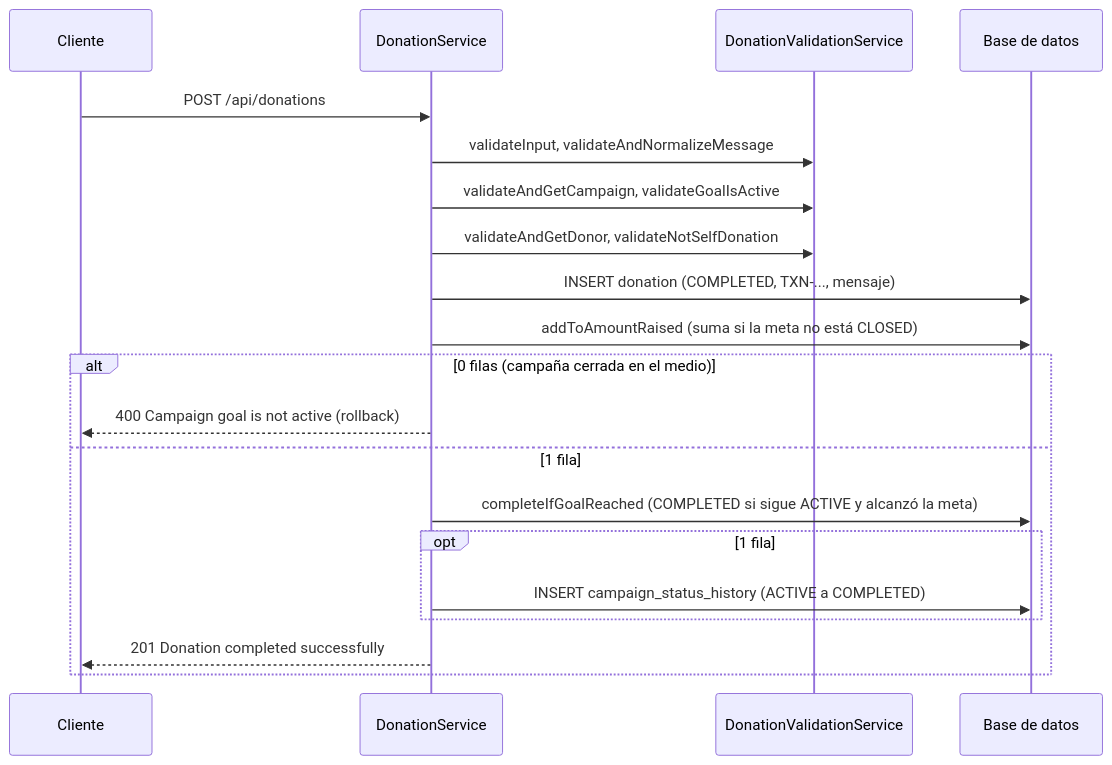
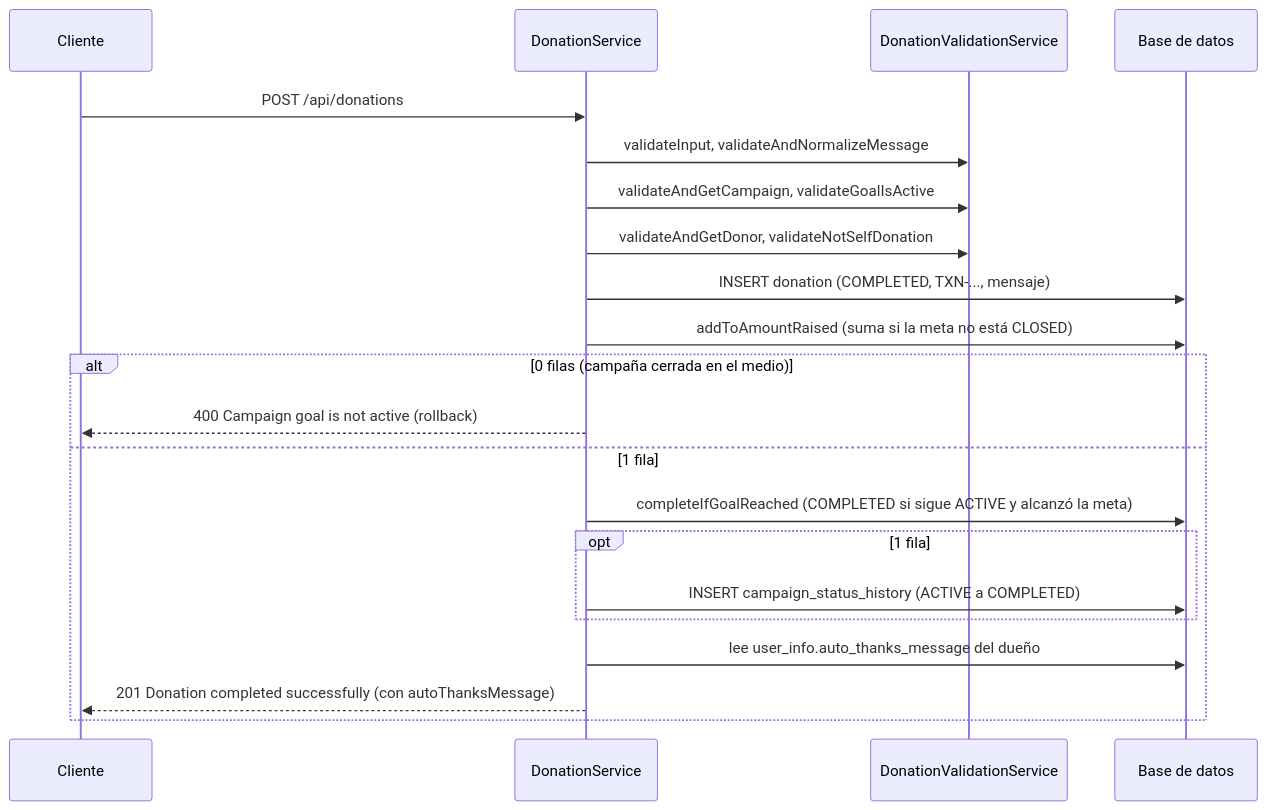
The second of 3 diagrams in docs/arquitectura/dominios/donation.md (joseph517/vapati), drawn with Mermaid before and after one commit. The commit also changed other lines of this file and 4 other files, not shown here.

First line of the commit message:
feat(user): add default thank you message functionality for donations

````diff
--- a/docs/arquitectura/dominios/donation.md
+++ b/docs/arquitectura/dominios/donation.md
@@ -104,22 +138,23 @@
 ```mermaid
 sequenceDiagram
     participant C as Cliente
     participant S as DonationService
     participant V as DonationValidationService
     participant DB as Base de datos
     C->>S: POST /api/donations
     S->>V: validateInput, validateAndNormalizeMessage
     S->>V: validateAndGetCampaign, validateGoalIsActive
     S->>V: validateAndGetDonor, validateNotSelfDonation
     S->>DB: INSERT donation (COMPLETED, TXN-..., mensaje)
     S->>DB: addToAmountRaised (suma si la meta no está CLOSED)
     alt 0 filas (campaña cerrada en el medio)
         S-->>C: 400 Campaign goal is not active (rollback)
     else 1 fila
         S->>DB: completeIfGoalReached (COMPLETED si sigue ACTIVE y alcanzó la meta)
         opt 1 fila
             S->>DB: INSERT campaign_status_history (ACTIVE a COMPLETED)
         end
-        S-->>C: 201 Donation completed successfully
+        S->>DB: lee user_info.auto_thanks_message del dueño
+        S-->>C: 201 Donation completed successfully (con autoThanksMessage)
     end
 ```
````
